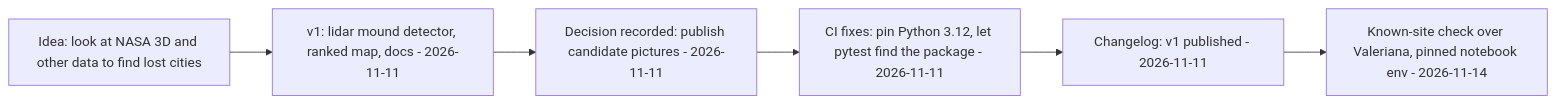
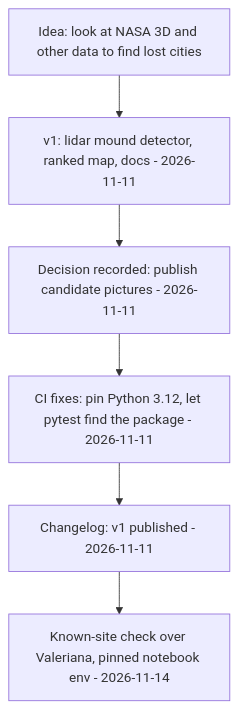
The first of 3 diagrams in docs/HOW-IT-WAS-BUILT.md (amalmehta/HiddenCities), drawn with Mermaid before and after one commit.

Commit message:
Draw the build history top to bottom so it stays readable

````diff
--- a/docs/HOW-IT-WAS-BUILT.md
+++ b/docs/HOW-IT-WAS-BUILT.md
@@ -8,10 +8,10 @@
 ```mermaid
-flowchart LR
+flowchart TD
   idea["Idea: look at NASA 3D and other data to find lost cities"]
   v1["v1: lidar mound detector, ranked map, docs - 2026-11-11"]
   pics["Decision recorded: publish candidate pictures - 2026-11-11"]
   ci["CI fixes: pin Python 3.12, let pytest find the package - 2026-11-11"]
   pub["Changelog: v1 published - 2026-11-11"]
   known["Known-site check over Valeriana, pinned notebook env - 2026-11-14"]
   idea --> v1 --> pics --> ci --> pub --> known
 ```
````
